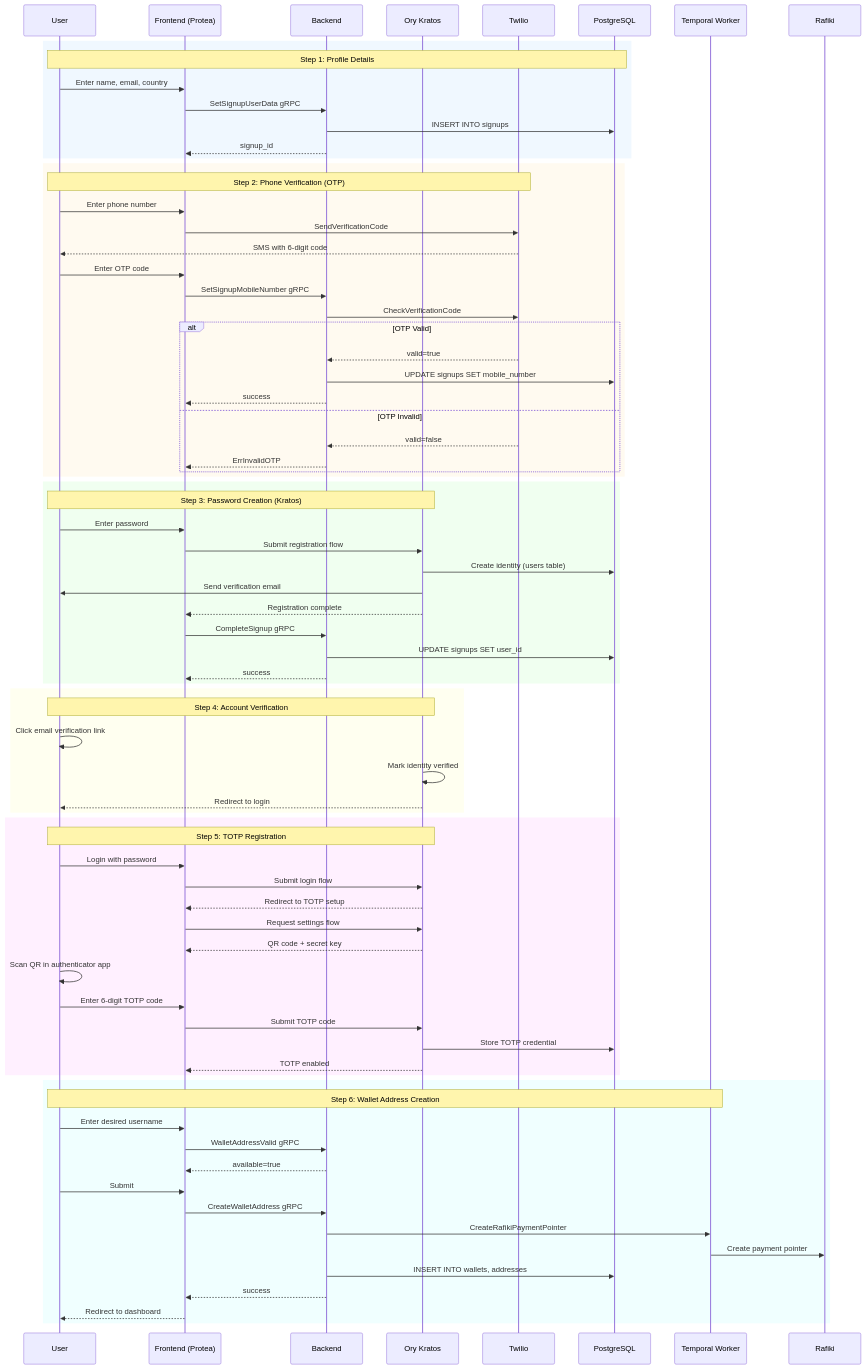
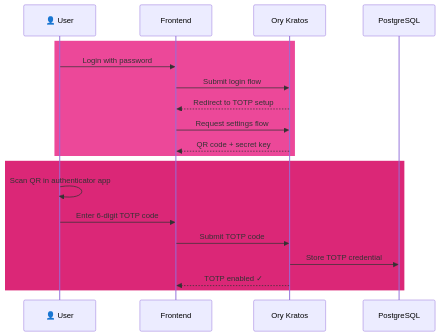
Before and after one commit to interledger/interledger-app: the fifth of 6 diagrams in docs/signup-explainer.md, drawn with Mermaid. The commit also changed other lines of this file, not shown here.

Commit message:
docs: regenerated signup doc diagrams

````diff
--- a/docs/signup-explainer.md
+++ b/docs/signup-explainer.md
@@ -36,83 +123,23 @@
 ```mermaid
 sequenceDiagram
-    participant U as User
-    participant FE as Frontend (Protea)
-    participant BE as Backend
+    participant U as 👤 User
+    participant FE as Frontend
     participant K as Ory Kratos
-    participant T as Twilio
     participant DB as PostgreSQL
-    participant TW as Temporal Worker
 
-    rect rgb(240, 248, 255)
-    Note over U,DB: Step 1: Profile Details
-    U->>FE: Enter name, email, country
-    FE->>BE: SetSignupUserData gRPC
-    BE->>DB: INSERT INTO signups
-    BE-->>FE: signup_id
-    end
-
-    rect rgb(255, 250, 240)
-    Note over U,T: Step 2: Phone Verification (OTP)
-    U->>FE: Enter phone number
-    FE->>T: SendVerificationCode
-    T-->>U: SMS with 6-digit code
-    U->>FE: Enter OTP code
-    FE->>BE: SetSignupMobileNumber gRPC
-    BE->>T: CheckVerificationCode
-    alt OTP Valid
-        T-->>BE: valid=true
-        BE->>DB: UPDATE signups SET mobile_number
-        BE-->>FE: success
-    else OTP Invalid
-        T-->>BE: valid=false
-        BE-->>FE: ErrInvalidOTP
-    end
-    end
-
-    rect rgb(240, 255, 240)
-    Note over U,K: Step 3: Password Creation (Kratos)
-    U->>FE: Enter password
-    FE->>K: Submit registration flow
-    K->>DB: Create identity (users table)
-    K->>U: Send verification email
-    K-->>FE: Registration complete
-    FE->>BE: CompleteSignup gRPC
-    BE->>DB: UPDATE signups SET user_id
-    BE-->>FE: success
-    end
-
-    rect rgb(255, 255, 240)
-    Note over U,K: Step 4: Account Verification
-    U->>U: Click email verification link
-    K->>K: Mark identity verified
-    K-->>U: Redirect to login
-    end
-
-    rect rgb(255, 240, 255)
-    Note over U,K: Step 5: TOTP Registration
+    rect rgb(236, 72, 153)
     U->>FE: Login with password
     FE->>K: Submit login flow
     K-->>FE: Redirect to TOTP setup
     FE->>K: Request settings flow
     K-->>FE: QR code + secret key
+    end
+
+    rect rgb(219, 39, 119)
     U->>U: Scan QR in authenticator app
     U->>FE: Enter 6-digit TOTP code
     FE->>K: Submit TOTP code
     K->>DB: Store TOTP credential
-    K-->>FE: TOTP enabled
-    end
-
-    rect rgb(240, 255, 255)
-    Note over U,TW: Step 6: Wallet Address Creation
-    U->>FE: Enter desired username
-    FE->>BE: WalletAddressValid gRPC
-    BE-->>FE: available=true
-    U->>FE: Submit
-    FE->>BE: CreateWalletAddress gRPC
-    BE->>TW: CreateRafikiPaymentPointer
-    TW->>Rafiki: Create payment pointer
-    BE->>DB: INSERT INTO wallets, addresses
-    BE-->>FE: success
-    FE-->>U: Redirect to dashboard
+    K-->>FE: TOTP enabled ✓
     end
 ```
````
